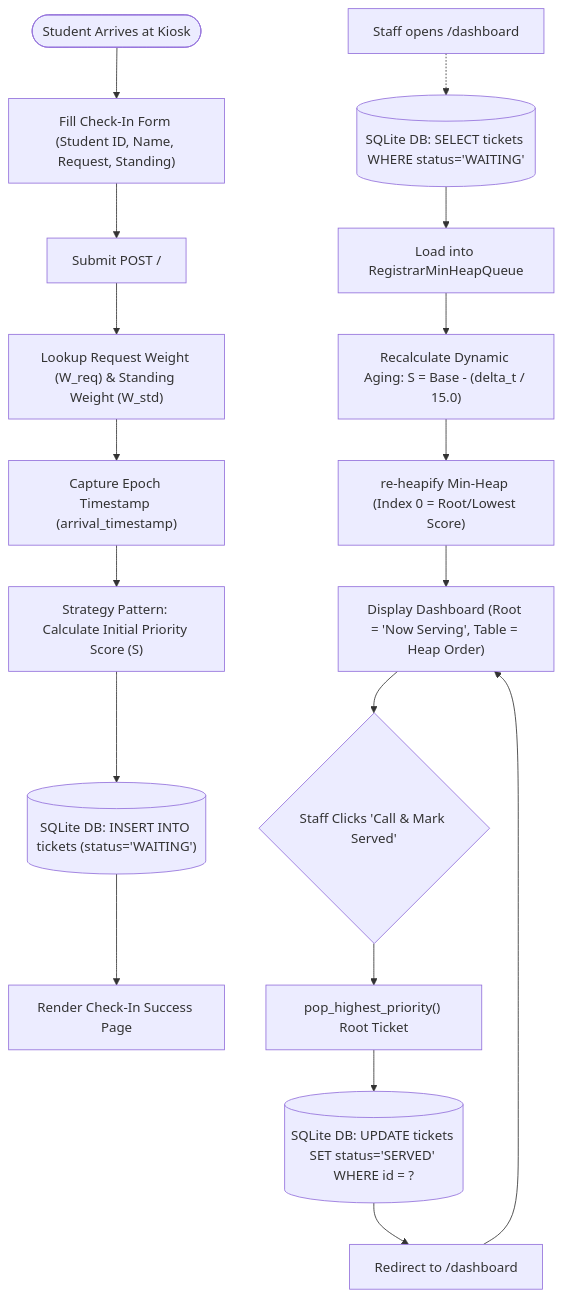
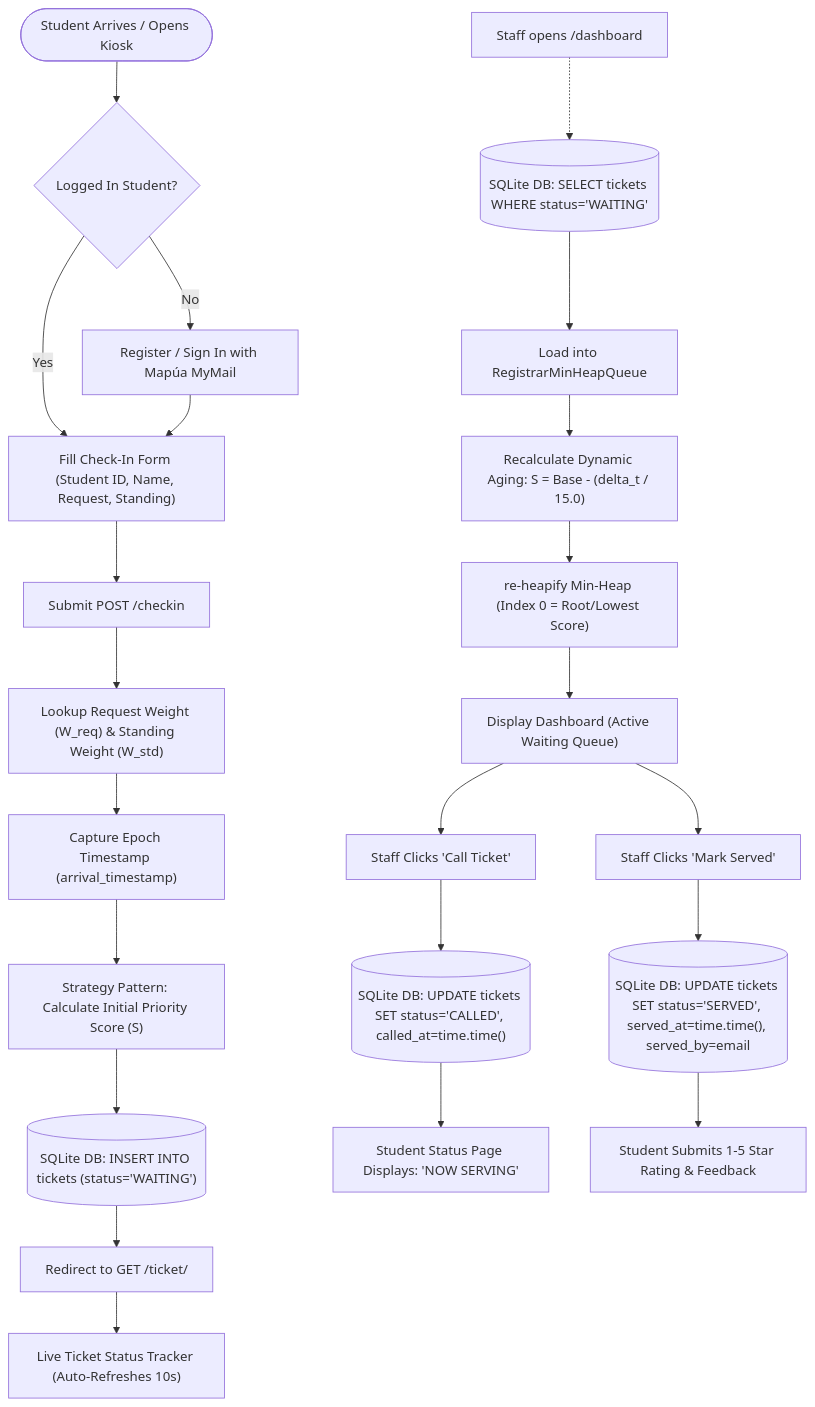
One commit to justinovate/cpe106l-4_finalproject changed the first of 5 diagrams in PROPOSAL.md. Above: the diagram before and after it, drawn with Mermaid. The commit also changed other lines of this file and 3 other files, not shown here.

Commit message:
feat: add admin reset queue action, update sole author credits to Justin, and verify 13-test suite

````diff
--- a/PROPOSAL.md
+++ b/PROPOSAL.md
@@ -141,22 +142,28 @@
 ```mermaid
 graph TD
-    Start(["Student Arrives at Kiosk"]) --> CheckInForm["Fill Check-In Form (Student ID, Name, Request, Standing)"]
-    CheckInForm --> Submit["Submit POST /"]
+    Start(["Student Arrives / Opens Kiosk"]) --> RegCheck{"Logged In Student?"}
+    RegCheck -- No --> RegisterStudent["Register / Sign In with Mapúa MyMail"]
+    RegCheck -- Yes --> CheckInForm["Fill Check-In Form (Student ID, Name, Request, Standing)"]
+    RegisterStudent --> CheckInForm
+    CheckInForm --> Submit["Submit POST /checkin"]
     Submit --> LookupWeights["Lookup Request Weight (W_req) & Standing Weight (W_std)"]
     LookupWeights --> CaptureTimestamp["Capture Epoch Timestamp (arrival_timestamp)"]
     CaptureTimestamp --> CalcInitialScore["Strategy Pattern: Calculate Initial Priority Score (S)"]
     CalcInitialScore --> SaveDB[("SQLite DB: INSERT INTO tickets (status='WAITING')")]
-    SaveDB --> TicketSuccess["Render Check-In Success Page"]
-    
+    SaveDB --> RedirectTicket["Redirect to GET /ticket/<id>"]
+    RedirectTicket --> StudentTracker["Live Ticket Status Tracker (Auto-Refreshes 10s)"]
+
     note1["Staff opens /dashboard"] -.-> FetchWaiting
     FetchWaiting[("SQLite DB: SELECT tickets WHERE status='WAITING'")] --> InstantiateHeap["Load into RegistrarMinHeapQueue"]
     InstantiateHeap --> ApplyAging["Recalculate Dynamic Aging: S = Base - (delta_t / 15.0)"]
     ApplyAging --> Reheapify["re-heapify Min-Heap (Index 0 = Root/Lowest Score)"]
-    Reheapify --> RenderDashboard["Display Dashboard (Root = 'Now Serving', Table = Heap Order)"]
+    Reheapify --> RenderDashboard["Display Dashboard (Active Waiting Queue)"]
+
+    RenderDashboard --> CallAction["Staff Clicks 'Call Ticket'"]
+    CallAction --> UpdateCalled[("SQLite DB: UPDATE tickets SET status='CALLED', called_at=time.time()")]
+    UpdateCalled --> StudentNotice["Student Status Page Displays: 'NOW SERVING'"]
     
-    RenderDashboard --> StaffAction{"Staff Clicks 'Call & Mark Served'"}
-    StaffAction --> PopRoot["pop_highest_priority() Root Ticket"]
-    PopRoot --> UpdateDB[("SQLite DB: UPDATE tickets SET status='SERVED' WHERE id = ?")]
-    UpdateDB --> RedirectDashboard["Redirect to /dashboard"]
-    RedirectDashboard --> RenderDashboard
+    RenderDashboard --> ServeAction["Staff Clicks 'Mark Served'"]
+    ServeAction --> UpdateServed[("SQLite DB: UPDATE tickets SET status='SERVED', served_at=time.time(), served_by=email")]
+    UpdateServed --> StudentRating["Student Submits 1-5 Star Rating & Feedback"]
 ```
````
